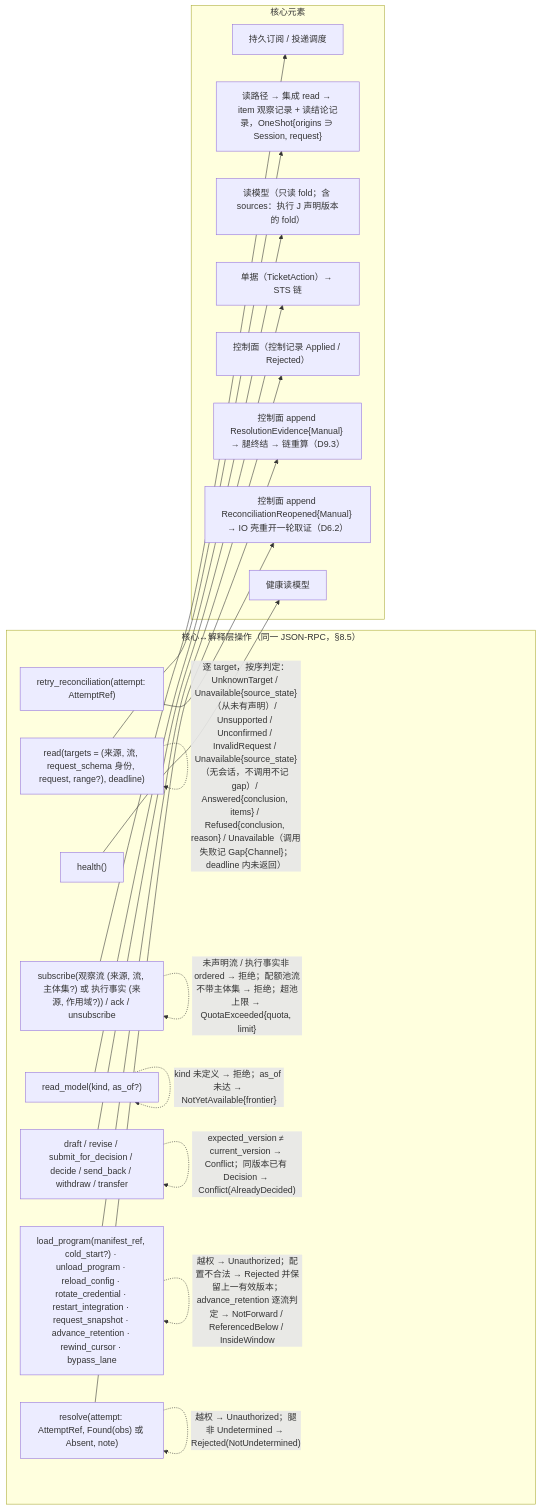
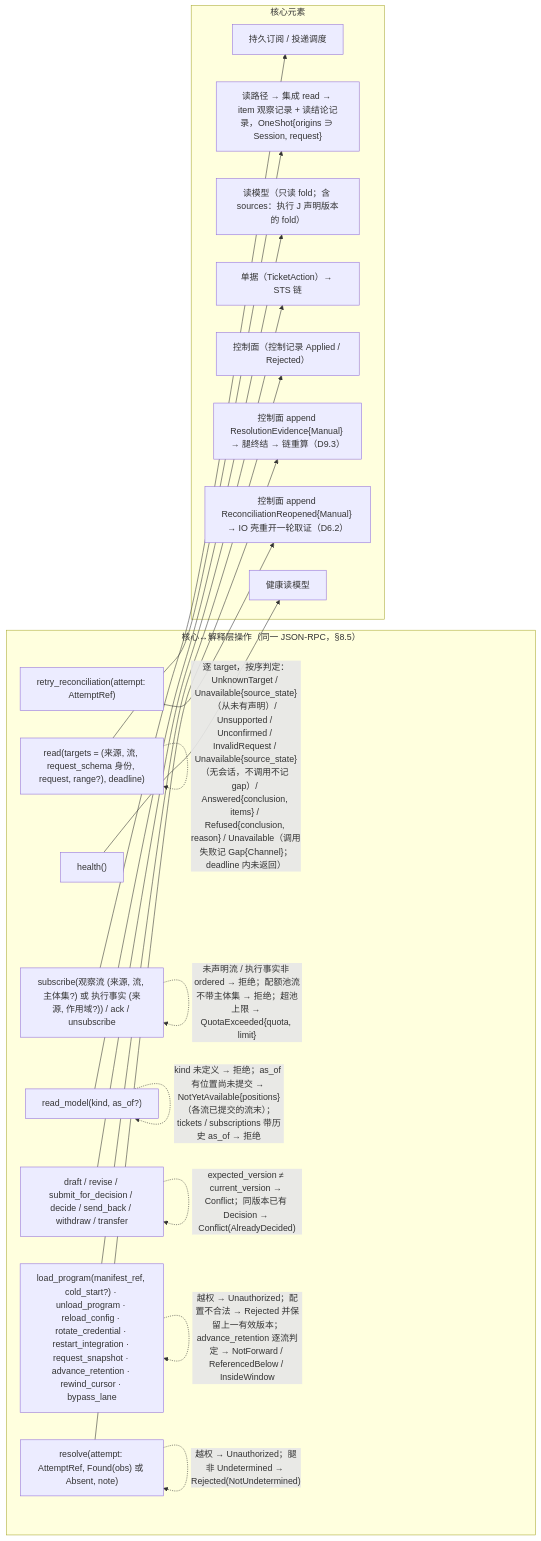
The second of 5 diagrams in design/diagrams/09-alice-session.md (mouriya-s-lab/uta), drawn with Mermaid before and after one commit. The commit also changed other lines of this file and 19 other files, not shown here.

Commit message:
design: integrate contract clusters — one-to-many receipt/reconciliation records with per-record attribution, read_model signatures per kind, unified not-called read outcomes, observation-record wording across diagrams, reference and glossary alignment

````diff
--- a/design/diagrams/09-alice-session.md
+++ b/design/diagrams/09-alice-session.md
@@ -52,37 +52,37 @@
 ```mermaid
 flowchart LR
   subgraph OPS["核心↔解释层操作（同一 JSON-RPC，§8.5）"]
     S1["subscribe(观察流 (来源, 流, 主体集?) 或 执行事实 (来源, 作用域?)) / ack / unsubscribe"]
     S2["read(targets = (来源, 流, request_schema 身份, request, range?), deadline)"]
     S3["read_model(kind, as_of?)"]
     S4["draft / revise / submit_for_decision / decide / send_back / withdraw / transfer"]
     S5["load_program(manifest_ref, cold_start?) · unload_program · reload_config · rotate_credential · restart_integration · request_snapshot · advance_retention · rewind_cursor · bypass_lane"]
     S6["resolve(attempt: AttemptRef, Found(obs) 或 Absent, note)"]
     S6b["retry_reconciliation(attempt: AttemptRef)"]
     S7["health()"]
   end
   subgraph EL["核心元素"]
     SUB["持久订阅 / 投递调度"]
     RDP["读路径 → 集成 read → item 观察记录 + 读结论记录，OneShot{origins ∋ Session, request}"]
     RM["读模型（只读 fold；含 sources：执行 J 声明版本的 fold）"]
     TK["单据（TicketAction）→ STS 链"]
     CTL["控制面（控制记录 Applied / Rejected）"]
     IOR["控制面 append ResolutionEvidence{Manual} → 腿终结 → 链重算（D9.3）"]
     RRO["控制面 append ReconciliationReopened{Manual} → IO 壳重开一轮取证（D6.2）"]
     HL["健康读模型"]
   end
   S1 --> SUB
   S2 --> RDP
   S3 --> RM
   S4 --> TK
   S5 --> CTL
   S6 --> IOR
   S6b --> RRO
   S7 --> HL
   S2 -.->|"逐 target，按序判定：UnknownTarget / Unavailable{source_state}（从未有声明）/ Unsupported / Unconfirmed / InvalidRequest / Unavailable{source_state}（无会话，不调用不记 gap）/ Answered{conclusion, items} / Refused{conclusion, reason} / Unavailable（调用失败记 Gap{Channel}；deadline 内未返回）"| S2
   S1 -.->|"未声明流 / 执行事实非 ordered → 拒绝；配额池流不带主体集 → 拒绝；超池上限 → QuotaExceeded{quota, limit}"| S1
-  S3 -.->|"kind 未定义 → 拒绝；as_of 未达 → NotYetAvailable{frontier}"| S3
+  S3 -.->|"kind 未定义 → 拒绝；as_of 有位置尚未提交 → NotYetAvailable{positions}（各流已提交的流末）；tickets / subscriptions 带历史 as_of → 拒绝"| S3
   S4 -.->|"expected_version ≠ current_version → Conflict；同版本已有 Decision → Conflict(AlreadyDecided)"| S4
   S5 -.->|"越权 → Unauthorized；配置不合法 → Rejected 并保留上一有效版本；advance_retention 逐流判定 → NotForward / ReferencedBelow / InsideWindow"| S5
   S6 -.->|"越权 → Unauthorized；腿非 Undetermined → Rejected(NotUndetermined)"| S6
 ```
````
